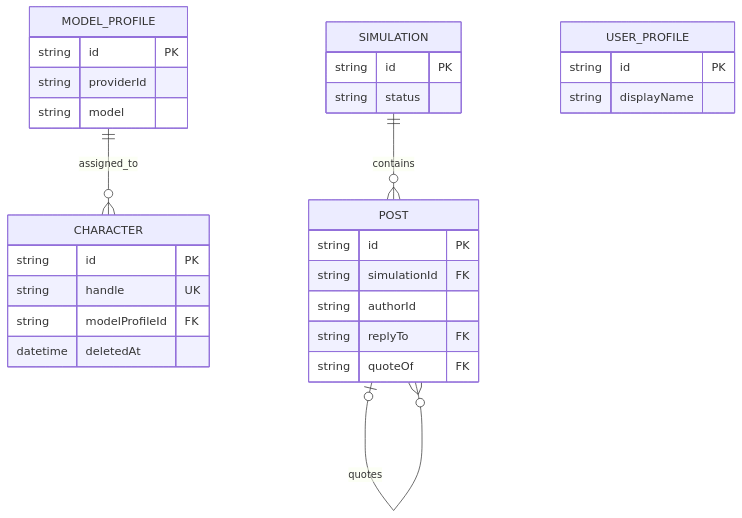
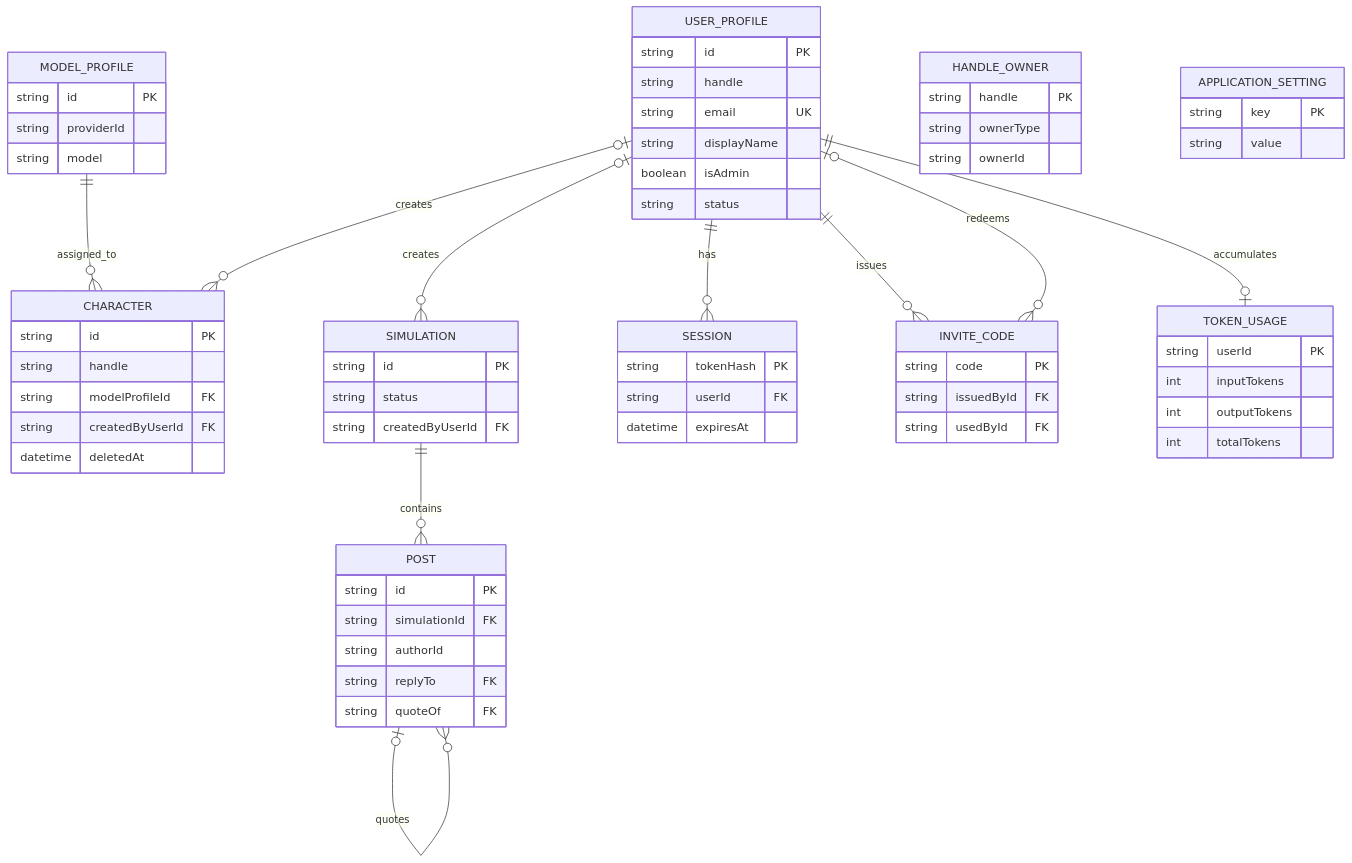
Before and after one commit to ayumin/brickr: the third of 4 diagrams in ARCHITECTURE.md, drawn with Mermaid. The commit also changed other lines of this file and 4 other files, not shown here.

````diff
--- a/ARCHITECTURE.md
+++ b/ARCHITECTURE.md
@@ -158,34 +168,71 @@
 ```mermaid
 erDiagram
   MODEL_PROFILE ||--o{ CHARACTER : assigned_to
+  USER_PROFILE o|--o{ CHARACTER : creates
+  USER_PROFILE o|--o{ SIMULATION : creates
+  USER_PROFILE ||--o{ SESSION : has
+  USER_PROFILE ||--o{ INVITE_CODE : issues
+  USER_PROFILE o|--o{ INVITE_CODE : redeems
+  USER_PROFILE ||--o| TOKEN_USAGE : accumulates
   SIMULATION ||--o{ POST : contains
   POST o|--o{ POST : replies
   POST o|--o{ POST : quotes
 
   MODEL_PROFILE {
     string id PK
     string providerId
     string model
   }
   CHARACTER {
     string id PK
-    string handle UK
+    string handle
     string modelProfileId FK
+    string createdByUserId FK
     datetime deletedAt
   }
   SIMULATION {
     string id PK
     string status
+    string createdByUserId FK
   }
   POST {
     string id PK
     string simulationId FK
     string authorId
     string replyTo FK
     string quoteOf FK
   }
   USER_PROFILE {
     string id PK
+    string handle
+    string email UK
     string displayName
+    boolean isAdmin
+    string status
+  }
+  SESSION {
+    string tokenHash PK
+    string userId FK
+    datetime expiresAt
+  }
+  HANDLE_OWNER {
+    string handle PK
+    string ownerType
+    string ownerId
+  }
+  INVITE_CODE {
+    string code PK
+    string issuedById FK
+    string usedById FK
+  }
+  APPLICATION_SETTING {
+    string key PK
+    string value
+  }
+  TOKEN_USAGE {
+    string userId PK
+    int inputTokens
+    int outputTokens
+    int totalTokens
   }
 ```
````
